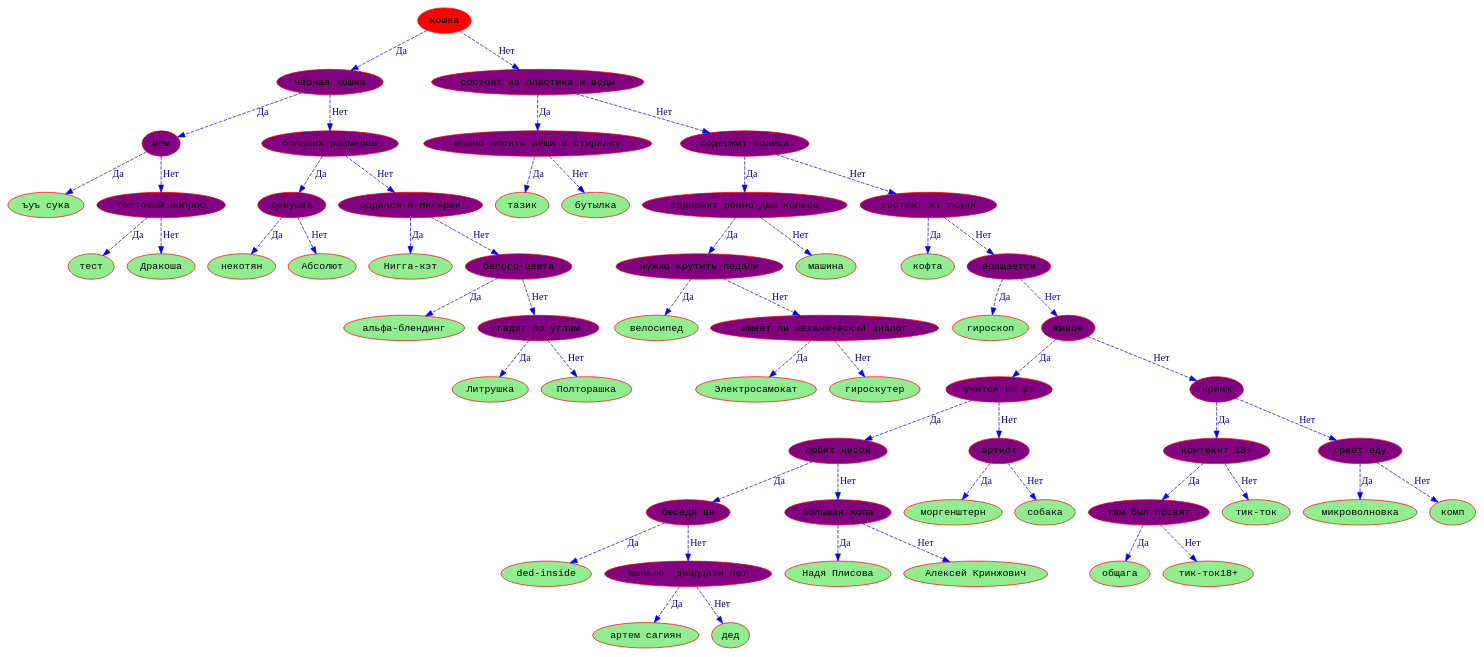
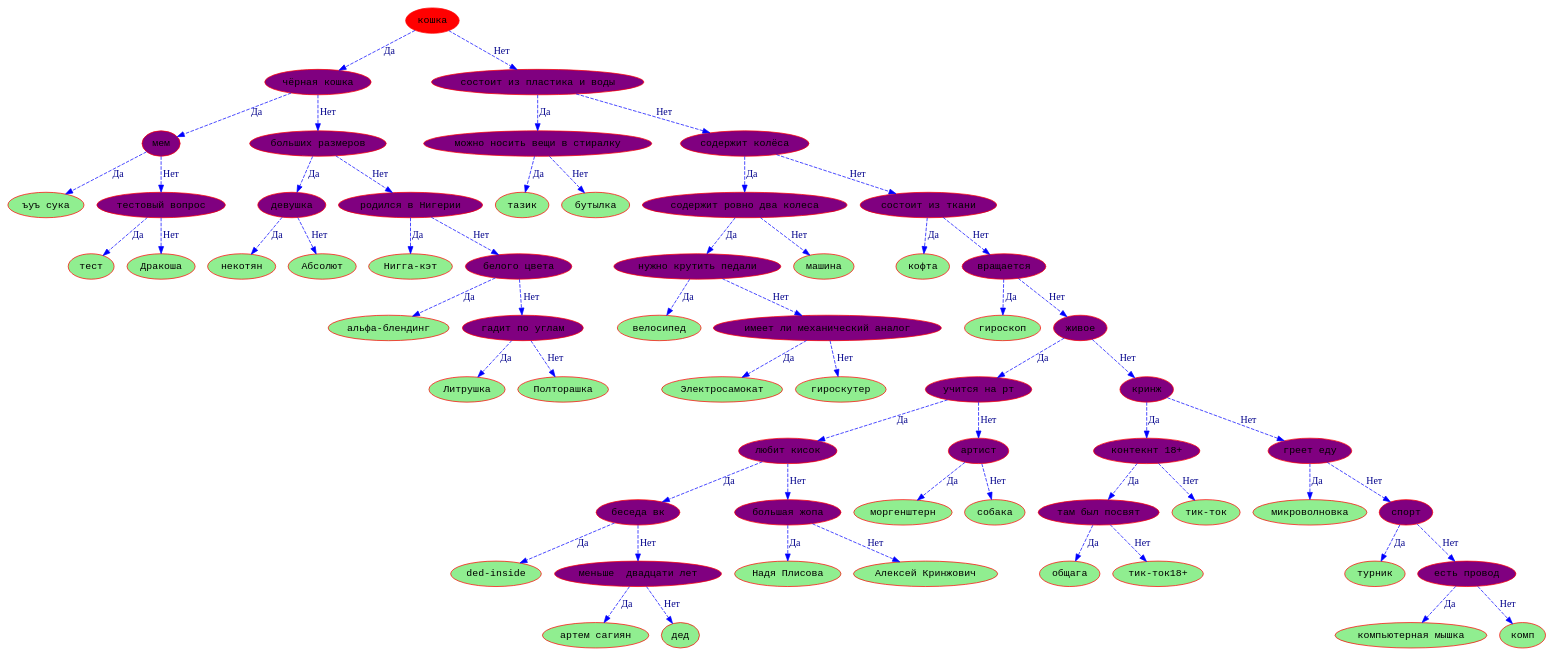
Before and after one commit to Hollbrok/Akinator: the diagram in DOWNLOAD TO PLAY/beauty_tree.dot, drawn with Graphviz. The commit also changed 2 other files, not shown here.

```diff
--- a/DOWNLOAD TO PLAY/beauty_tree.dot
+++ b/DOWNLOAD TO PLAY/beauty_tree.dot
@@ -1,117 +1,125 @@
 digraph akinator {
 node [color = Red, fontname = Courier, style = filled, shape=ellipse, fillcolor = purple]
 edge [color = Blue, style=dashed]
-"00991108" [label = "ъуъ сука",style = filled, fillcolor = lightgreen] 
-"009910C0" -> "00991108" [label="Да", fontcolor=darkblue]
-"009916A8" [label = "тест",style = filled, fillcolor = lightgreen] 
-"00990FA0" -> "009916A8" [label="Да", fontcolor=darkblue]
-"00991660" [label = "Дракоша",style = filled, fillcolor = lightgreen] 
-"00990FA0" -> "00991660" [label="Нет", fontcolor=darkblue]
-"00990FA0" [label = "тестовый вопрос",style = filled, fillcolor = purple] 
-"009910C0" -> "00990FA0" [label="Нет", fontcolor=darkblue]
-"009910C0" [label = "мем",style = filled, fillcolor = purple] 
-"009914B0" -> "009910C0" [label="Да", fontcolor=darkblue]
-"00990F10" [label = "некотян",style = filled, fillcolor = lightgreen] 
-"00991588" -> "00990F10" [label="Да", fontcolor=darkblue]
-"00991618" [label = "Абсолют",style = filled, fillcolor = lightgreen] 
-"00991588" -> "00991618" [label="Нет", fontcolor=darkblue]
-"00991588" [label = "девушка",style = filled, fillcolor = purple] 
-"00991030" -> "00991588" [label="Да", fontcolor=darkblue]
-"00990F58" [label = "Нигга-кэт",style = filled, fillcolor = lightgreen] 
-"00991420" -> "00990F58" [label="Да", fontcolor=darkblue]
-"00991540" [label = "альфа-блендинг",style = filled, fillcolor = lightgreen] 
-"00991270" -> "00991540" [label="Да", fontcolor=darkblue]
-"009914F8" [label = "Литрушка",style = filled, fillcolor = lightgreen] 
-"00990DF0" -> "009914F8" [label="Да", fontcolor=darkblue]
-"00991468" [label = "Полторашка",style = filled, fillcolor = lightgreen] 
-"00990DF0" -> "00991468" [label="Нет", fontcolor=darkblue]
-"00990DF0" [label = "гадит по углам",style = filled, fillcolor = purple] 
-"00991270" -> "00990DF0" [label="Нет", fontcolor=darkblue]
-"00991270" [label = "белого цвета",style = filled, fillcolor = purple] 
-"00991420" -> "00991270" [label="Нет", fontcolor=darkblue]
-"00991420" [label = "родился в Нигерии",style = filled, fillcolor = purple] 
-"00991030" -> "00991420" [label="Нет", fontcolor=darkblue]
-"00991030" [label = "больших размеров",style = filled, fillcolor = purple] 
-"009914B0" -> "00991030" [label="Нет", fontcolor=darkblue]
-"009914B0" [label = "чёрная кошка",style = filled, fillcolor = purple] 
-"00989698" -> "009914B0" [label="Да", fontcolor=darkblue]
-"00991078" [label = "тазик",style = filled, fillcolor = lightgreen] 
-"009911E0" -> "00991078" [label="Да", fontcolor=darkblue]
-"009915D0" [label = "бутылка",style = filled, fillcolor = lightgreen] 
-"009911E0" -> "009915D0" [label="Нет", fontcolor=darkblue]
-"009911E0" [label = "можно носить вещи в стиралку",style = filled, fillcolor = purple] 
-"00989A88" -> "009911E0" [label="Да", fontcolor=darkblue]
-"00991228" [label = "велосипед",style = filled, fillcolor = lightgreen] 
-"0098A0B8" -> "00991228" [label="Да", fontcolor=darkblue]
-"0097BAE0" [label = "Электросамокат",style = filled, fillcolor = lightgreen] 
-"00989F98" -> "0097BAE0" [label="Да", fontcolor=darkblue]
-"0098A100" [label = "гироскутер",style = filled, fillcolor = lightgreen] 
-"00989F98" -> "0098A100" [label="Нет", fontcolor=darkblue]
-"00989F98" [label = "имеет ли механический аналог",style = filled, fillcolor = purple] 
-"0098A0B8" -> "00989F98" [label="Нет", fontcolor=darkblue]
-"0098A0B8" [label = "нужно крутить педали",style = filled, fillcolor = purple] 
-"00989E78" -> "0098A0B8" [label="Да", fontcolor=darkblue]
-"00989F50" [label = "машина",style = filled, fillcolor = lightgreen] 
-"00989E78" -> "00989F50" [label="Нет", fontcolor=darkblue]
-"00989E78" [label = "содержит ровно два колеса",style = filled, fillcolor = purple] 
-"00989728" -> "00989E78" [label="Да", fontcolor=darkblue]
-"00989E30" [label = "кофта",style = filled, fillcolor = lightgreen] 
-"009899B0" -> "00989E30" [label="Да", fontcolor=darkblue]
-"0098A148" [label = "гироскоп",style = filled, fillcolor = lightgreen] 
-"009898D8" -> "0098A148" [label="Да", fontcolor=darkblue]
-"0098A190" [label = "ded-inside",style = filled, fillcolor = lightgreen] 
-"00989C38" -> "0098A190" [label="Да", fontcolor=darkblue]
-"00989EC0" [label = "артем сагиян",style = filled, fillcolor = lightgreen] 
-"00989F08" -> "00989EC0" [label="Да", fontcolor=darkblue]
-"00989CC8" [label = "дед",style = filled, fillcolor = lightgreen] 
-"00989F08" -> "00989CC8" [label="Нет", fontcolor=darkblue]
-"00989F08" [label = "меньше  двадцати лет",style = filled, fillcolor = purple] 
-"00989C38" -> "00989F08" [label="Нет", fontcolor=darkblue]
-"00989C38" [label = "беседа вк",style = filled, fillcolor = purple] 
-"00989B18" -> "00989C38" [label="Да", fontcolor=darkblue]
-"00989BF0" [label = "Надя Плисова",style = filled, fillcolor = lightgreen] 
-"00989FE0" -> "00989BF0" [label="Да", fontcolor=darkblue]
-"00989D10" [label = "Алексей Кринжович",style = filled, fillcolor = lightgreen] 
-"00989FE0" -> "00989D10" [label="Нет", fontcolor=darkblue]
-"00989FE0" [label = "большая жопа",style = filled, fillcolor = purple] 
-"00989B18" -> "00989FE0" [label="Нет", fontcolor=darkblue]
-"00989B18" [label = "любит кисок",style = filled, fillcolor = purple] 
-"00989B60" -> "00989B18" [label="Да", fontcolor=darkblue]
-"0098A028" [label = "моргенштерн",style = filled, fillcolor = lightgreen] 
-"00989DA0" -> "0098A028" [label="Да", fontcolor=darkblue]
-"00989DE8" [label = "собака",style = filled, fillcolor = lightgreen] 
-"00989DA0" -> "00989DE8" [label="Нет", fontcolor=darkblue]
-"00989DA0" [label = "артист",style = filled, fillcolor = purple] 
-"00989B60" -> "00989DA0" [label="Нет", fontcolor=darkblue]
-"00989B60" [label = "учится на рт",style = filled, fillcolor = purple] 
-"00989770" -> "00989B60" [label="Да", fontcolor=darkblue]
-"00989BA8" [label = "общага",style = filled, fillcolor = lightgreen] 
-"00989D58" -> "00989BA8" [label="Да", fontcolor=darkblue]
-"00989C80" [label = "тик-ток18+",style = filled, fillcolor = lightgreen] 
-"00989D58" -> "00989C80" [label="Нет", fontcolor=darkblue]
-"00989D58" [label = "там был посвят",style = filled, fillcolor = purple] 
-"00989218" -> "00989D58" [label="Да", fontcolor=darkblue]
-"0098A070" [label = "тик-ток",style = filled, fillcolor = lightgreen] 
-"00989218" -> "0098A070" [label="Нет", fontcolor=darkblue]
-"00989218" [label = "контекнт 18+",style = filled, fillcolor = purple] 
-"00989338" -> "00989218" [label="Да", fontcolor=darkblue]
-"009899F8" [label = "микроволновка",style = filled, fillcolor = lightgreen] 
-"00989800" -> "009899F8" [label="Да", fontcolor=darkblue]
-"009894E8" [label = "комп",style = filled, fillcolor = lightgreen] 
-"00989800" -> "009894E8" [label="Нет", fontcolor=darkblue]
-"00989800" [label = "греет еду",style = filled, fillcolor = purple] 
-"00989338" -> "00989800" [label="Нет", fontcolor=darkblue]
-"00989338" [label = "кринж",style = filled, fillcolor = purple] 
-"00989770" -> "00989338" [label="Нет", fontcolor=darkblue]
-"00989770" [label = "живое",style = filled, fillcolor = purple] 
-"009898D8" -> "00989770" [label="Нет", fontcolor=darkblue]
-"009898D8" [label = "вращается",style = filled, fillcolor = purple] 
-"009899B0" -> "009898D8" [label="Нет", fontcolor=darkblue]
-"009899B0" [label = "состоит из ткани",style = filled, fillcolor = purple] 
-"00989728" -> "009899B0" [label="Нет", fontcolor=darkblue]
-"00989728" [label = "содержит колёса",style = filled, fillcolor = purple] 
-"00989A88" -> "00989728" [label="Нет", fontcolor=darkblue]
-"00989A88" [label = "состоит из пластика и воды",style = filled, fillcolor = purple] 
-"00989698" -> "00989A88" [label="Нет", fontcolor=darkblue]
-"00989698" [label = "кошка",style = filled, fillcolor = red] 
+"008B21E8" [label = "ъуъ сука",style = filled, fillcolor = lightgreen] 
+"008B1F18" -> "008B21E8" [label="Да", fontcolor=darkblue]
+"008B1AE0" [label = "тест",style = filled, fillcolor = lightgreen] 
+"008B2038" -> "008B1AE0" [label="Да", fontcolor=darkblue]
+"008B2080" [label = "Дракоша",style = filled, fillcolor = lightgreen] 
+"008B2038" -> "008B2080" [label="Нет", fontcolor=darkblue]
+"008B2038" [label = "тестовый вопрос",style = filled, fillcolor = purple] 
+"008B1F18" -> "008B2038" [label="Нет", fontcolor=darkblue]
+"008B1F18" [label = "мем",style = filled, fillcolor = purple] 
+"008B1FA8" -> "008B1F18" [label="Да", fontcolor=darkblue]
+"008B1DB0" [label = "некотян",style = filled, fillcolor = lightgreen] 
+"008B1A50" -> "008B1DB0" [label="Да", fontcolor=darkblue]
+"008B1D68" [label = "Абсолют",style = filled, fillcolor = lightgreen] 
+"008B1A50" -> "008B1D68" [label="Нет", fontcolor=darkblue]
+"008B1A50" [label = "девушка",style = filled, fillcolor = purple] 
+"008B1C00" -> "008B1A50" [label="Да", fontcolor=darkblue]
+"008B1FF0" [label = "Нигга-кэт",style = filled, fillcolor = lightgreen] 
+"008B1F60" -> "008B1FF0" [label="Да", fontcolor=darkblue]
+"008B1D20" [label = "альфа-блендинг",style = filled, fillcolor = lightgreen] 
+"008B19C0" -> "008B1D20" [label="Да", fontcolor=darkblue]
+"008B1B70" [label = "Литрушка",style = filled, fillcolor = lightgreen] 
+"008B2110" -> "008B1B70" [label="Да", fontcolor=darkblue]
+"008B1CD8" [label = "Полторашка",style = filled, fillcolor = lightgreen] 
+"008B2110" -> "008B1CD8" [label="Нет", fontcolor=darkblue]
+"008B2110" [label = "гадит по углам",style = filled, fillcolor = purple] 
+"008B19C0" -> "008B2110" [label="Нет", fontcolor=darkblue]
+"008B19C0" [label = "белого цвета",style = filled, fillcolor = purple] 
+"008B1F60" -> "008B19C0" [label="Нет", fontcolor=darkblue]
+"008B1F60" [label = "родился в Нигерии",style = filled, fillcolor = purple] 
+"008B1C00" -> "008B1F60" [label="Нет", fontcolor=darkblue]
+"008B1C00" [label = "больших размеров",style = filled, fillcolor = purple] 
+"008B1FA8" -> "008B1C00" [label="Нет", fontcolor=darkblue]
+"008B1FA8" [label = "чёрная кошка",style = filled, fillcolor = purple] 
+"008A97D0" -> "008B1FA8" [label="Да", fontcolor=darkblue]
+"008B1B28" [label = "тазик",style = filled, fillcolor = lightgreen] 
+"008AA040" -> "008B1B28" [label="Да", fontcolor=darkblue]
+"008AA160" [label = "бутылка",style = filled, fillcolor = lightgreen] 
+"008AA040" -> "008AA160" [label="Нет", fontcolor=darkblue]
+"008AA040" [label = "можно носить вещи в стиралку",style = filled, fillcolor = purple] 
+"008A94B8" -> "008AA040" [label="Да", fontcolor=darkblue]
+"008A9FF8" [label = "велосипед",style = filled, fillcolor = lightgreen] 
+"008AA088" -> "008A9FF8" [label="Да", fontcolor=darkblue]
+"008A9F68" [label = "Электросамокат",style = filled, fillcolor = lightgreen] 
+"008A9ED8" -> "008A9F68" [label="Да", fontcolor=darkblue]
+"008A9D70" [label = "гироскутер",style = filled, fillcolor = lightgreen] 
+"008A9ED8" -> "008A9D70" [label="Нет", fontcolor=darkblue]
+"008A9ED8" [label = "имеет ли механический аналог",style = filled, fillcolor = purple] 
+"008AA088" -> "008A9ED8" [label="Нет", fontcolor=darkblue]
+"008AA088" [label = "нужно крутить педали",style = filled, fillcolor = purple] 
+"008AA0D0" -> "008AA088" [label="Да", fontcolor=darkblue]
+"008AA118" [label = "машина",style = filled, fillcolor = lightgreen] 
+"008AA0D0" -> "008AA118" [label="Нет", fontcolor=darkblue]
+"008AA0D0" [label = "содержит ровно два колеса",style = filled, fillcolor = purple] 
+"008A9620" -> "008AA0D0" [label="Да", fontcolor=darkblue]
+"008A9E90" [label = "кофта",style = filled, fillcolor = lightgreen] 
+"008A9AE8" -> "008A9E90" [label="Да", fontcolor=darkblue]
+"008A9D28" [label = "гироскоп",style = filled, fillcolor = lightgreen] 
+"008A9A10" -> "008A9D28" [label="Да", fontcolor=darkblue]
+"008A9E00" [label = "ded-inside",style = filled, fillcolor = lightgreen] 
+"008A9DB8" -> "008A9E00" [label="Да", fontcolor=darkblue]
+"008A9CE0" [label = "артем сагиян",style = filled, fillcolor = lightgreen] 
+"008A9C50" -> "008A9CE0" [label="Да", fontcolor=darkblue]
+"008A9C98" [label = "дед",style = filled, fillcolor = lightgreen] 
+"008A9C50" -> "008A9C98" [label="Нет", fontcolor=darkblue]
+"008A9C50" [label = "меньше  двадцати лет",style = filled, fillcolor = purple] 
+"008A9DB8" -> "008A9C50" [label="Нет", fontcolor=darkblue]
+"008A9DB8" [label = "беседа вк",style = filled, fillcolor = purple] 
+"008AA1A8" -> "008A9DB8" [label="Да", fontcolor=darkblue]
+"008A9F20" [label = "Надя Плисова",style = filled, fillcolor = lightgreen] 
+"008A9E48" -> "008A9F20" [label="Да", fontcolor=darkblue]
+"008A9C08" [label = "Алексей Кринжович",style = filled, fillcolor = lightgreen] 
+"008A9E48" -> "008A9C08" [label="Нет", fontcolor=darkblue]
+"008A9E48" [label = "большая жопа",style = filled, fillcolor = purple] 
+"008AA1A8" -> "008A9E48" [label="Нет", fontcolor=darkblue]
+"008AA1A8" [label = "любит кисок",style = filled, fillcolor = purple] 
+"008AA1F0" -> "008AA1A8" [label="Да", fontcolor=darkblue]
+"008AA238" [label = "моргенштерн",style = filled, fillcolor = lightgreen] 
+"008A9FB0" -> "008AA238" [label="Да", fontcolor=darkblue]
+"008AA280" [label = "собака",style = filled, fillcolor = lightgreen] 
+"008A9FB0" -> "008AA280" [label="Нет", fontcolor=darkblue]
+"008A9FB0" [label = "артист",style = filled, fillcolor = purple] 
+"008AA1F0" -> "008A9FB0" [label="Нет", fontcolor=darkblue]
+"008AA1F0" [label = "учится на рт",style = filled, fillcolor = purple] 
+"008A9938" -> "008AA1F0" [label="Да", fontcolor=darkblue]
+"008A96F8" [label = "общага",style = filled, fillcolor = lightgreen] 
+"008A9398" -> "008A96F8" [label="Да", fontcolor=darkblue]
+"008A9548" [label = "тик-ток18+",style = filled, fillcolor = lightgreen] 
+"008A9398" -> "008A9548" [label="Нет", fontcolor=darkblue]
+"008A9398" [label = "там был посвят",style = filled, fillcolor = purple] 
+"008A9500" -> "008A9398" [label="Да", fontcolor=darkblue]
+"008A9668" [label = "тик-ток",style = filled, fillcolor = lightgreen] 
+"008A9500" -> "008A9668" [label="Нет", fontcolor=darkblue]
+"008A9500" [label = "контекнт 18+",style = filled, fillcolor = purple] 
+"008A9470" -> "008A9500" [label="Да", fontcolor=darkblue]
+"008A95D8" [label = "микроволновка",style = filled, fillcolor = lightgreen] 
+"008A9428" -> "008A95D8" [label="Да", fontcolor=darkblue]
+"008A96B0" [label = "турник",style = filled, fillcolor = lightgreen] 
+"008A9B30" -> "008A96B0" [label="Да", fontcolor=darkblue]
+"008A9350" [label = "компьютерная мышка",style = filled, fillcolor = lightgreen] 
+"008A9BC0" -> "008A9350" [label="Да", fontcolor=darkblue]
+"008A9308" [label = "комп",style = filled, fillcolor = lightgreen] 
+"008A9BC0" -> "008A9308" [label="Нет", fontcolor=darkblue]
+"008A9BC0" [label = "есть провод",style = filled, fillcolor = purple] 
+"008A9B30" -> "008A9BC0" [label="Нет", fontcolor=darkblue]
+"008A9B30" [label = "спорт",style = filled, fillcolor = purple] 
+"008A9428" -> "008A9B30" [label="Нет", fontcolor=darkblue]
+"008A9428" [label = "греет еду",style = filled, fillcolor = purple] 
+"008A9470" -> "008A9428" [label="Нет", fontcolor=darkblue]
+"008A9470" [label = "кринж",style = filled, fillcolor = purple] 
+"008A9938" -> "008A9470" [label="Нет", fontcolor=darkblue]
+"008A9938" [label = "живое",style = filled, fillcolor = purple] 
+"008A9A10" -> "008A9938" [label="Нет", fontcolor=darkblue]
+"008A9A10" [label = "вращается",style = filled, fillcolor = purple] 
+"008A9AE8" -> "008A9A10" [label="Нет", fontcolor=darkblue]
+"008A9AE8" [label = "состоит из ткани",style = filled, fillcolor = purple] 
+"008A9620" -> "008A9AE8" [label="Нет", fontcolor=darkblue]
+"008A9620" [label = "содержит колёса",style = filled, fillcolor = purple] 
+"008A94B8" -> "008A9620" [label="Нет", fontcolor=darkblue]
+"008A94B8" [label = "состоит из пластика и воды",style = filled, fillcolor = purple] 
+"008A97D0" -> "008A94B8" [label="Нет", fontcolor=darkblue]
+"008A97D0" [label = "кошка",style = filled, fillcolor = red] 
 }
```
